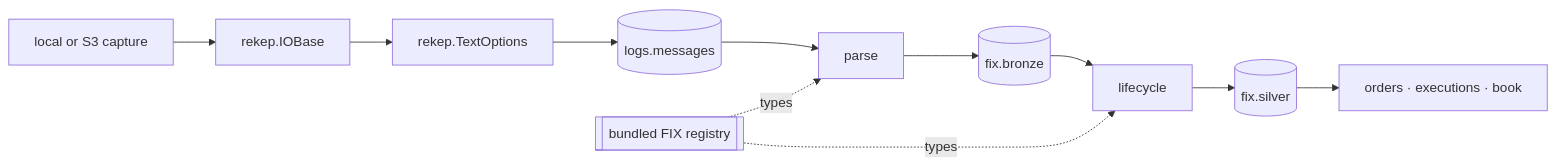
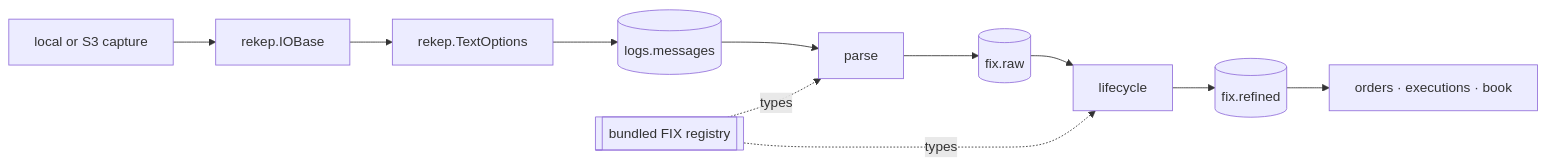
One commit to Platob/yggfin changed the diagram in docs/overview/architecture.md. Above: the diagram before and after it, drawn with Mermaid. The commit also changed other lines of this file and 1266 other files, not shown here.

````diff
--- a/docs/overview/architecture.md
+++ b/docs/overview/architecture.md
@@ -7,13 +7,13 @@
 ```mermaid
 flowchart LR
     U["local or S3 capture"] --> R["rekep.IOBase"]
     R --> T["rekep.TextOptions"]
     T --> M[("logs.messages")]
     M --> C["parse"]
     D[["bundled FIX registry"]] -.types.-> C
-    C --> B[("fix.bronze")]
+    C --> B[("fix.raw")]
     B --> L["lifecycle"]
     D -.types.-> L
-    L --> F[("fix.silver")]
+    L --> F[("fix.refined")]
     F --> P["orders · executions · book"]
 ```
````
